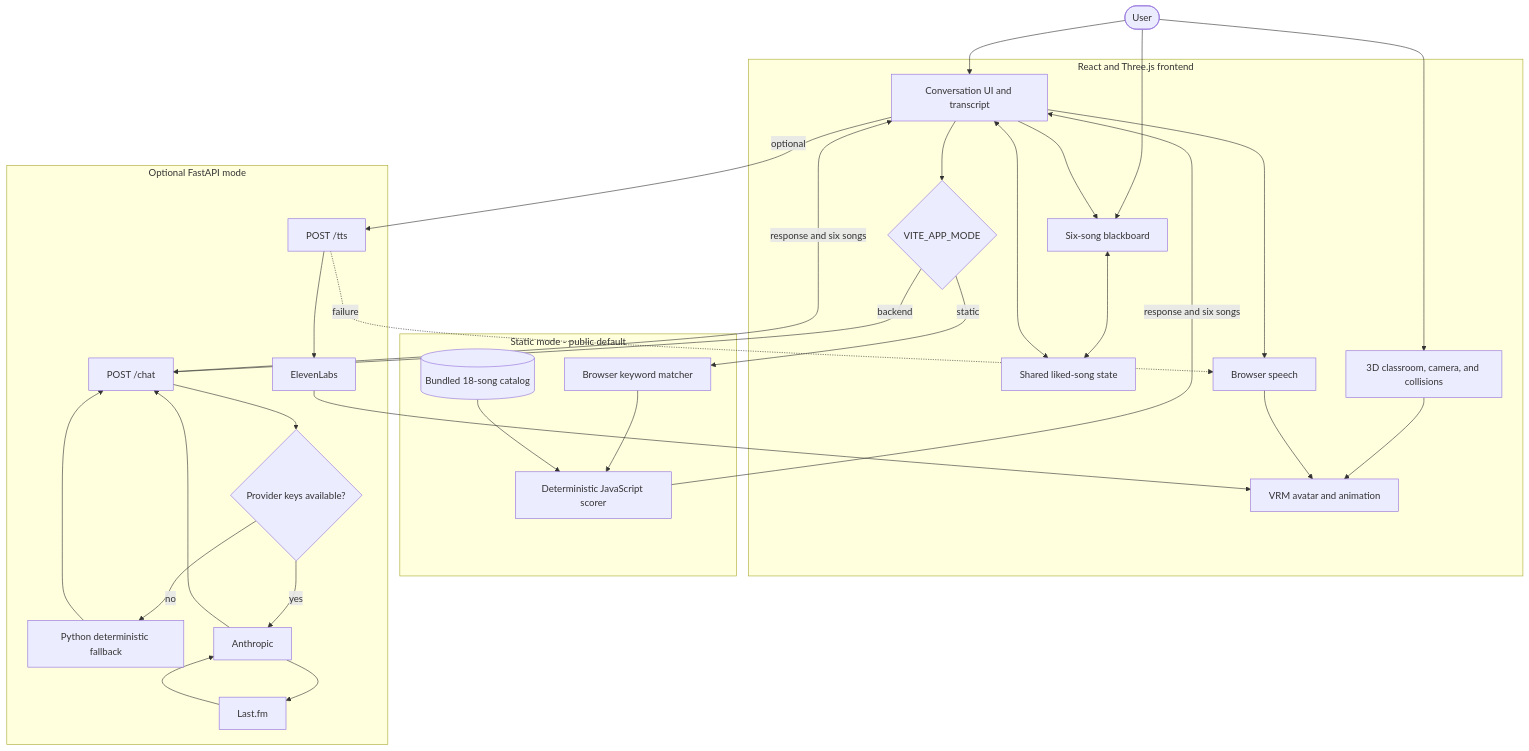
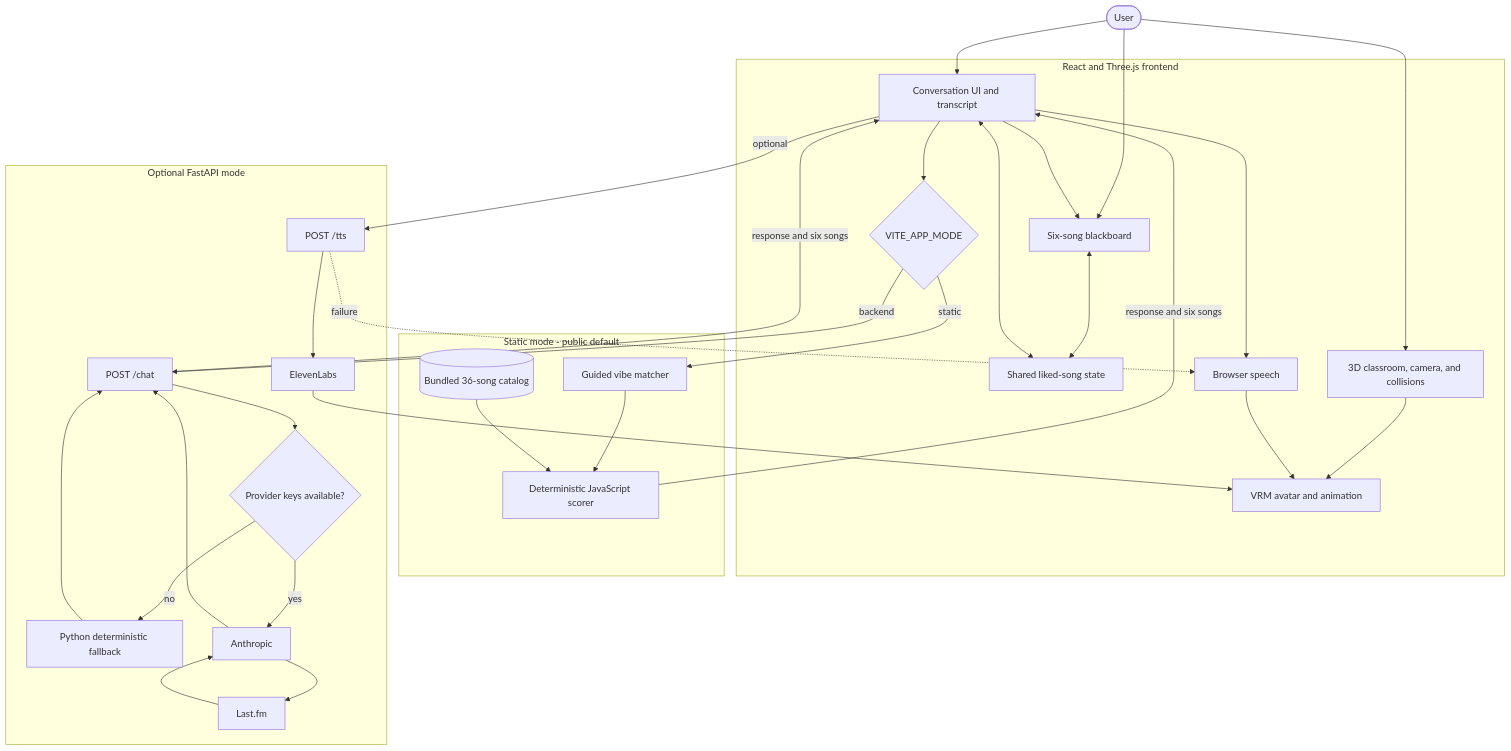
Before and after one commit to antunishdPursuit/resonance-room: the diagram in docs/architecture.md, drawn with Mermaid. The commit also changed other lines of this file and 2 other files, not shown here.

Commit message:
docs: explain guided static discovery

````diff
--- a/docs/architecture.md
+++ b/docs/architecture.md
@@ -7,61 +7,61 @@
 ```mermaid
 flowchart TD
     User([User])
 
     subgraph FRONTEND ["React and Three.js frontend"]
         ChatUI["Conversation UI and transcript"]
         Board["Six-song blackboard"]
         Likes["Shared liked-song state"]
         Avatar["VRM avatar and animation"]
         Classroom["3D classroom, camera, and collisions"]
         Mode{"VITE_APP_MODE"}
         BrowserSpeech["Browser speech"]
     end
 
     subgraph STATIC ["Static mode - public default"]
-        JsMatcher["Browser keyword matcher"]
+        JsMatcher["Guided vibe matcher"]
         JsScorer["Deterministic JavaScript scorer"]
-        JsCatalog[("Bundled 18-song catalog")]
+        JsCatalog[("Bundled 36-song catalog")]
     end
 
     subgraph BACKEND ["Optional FastAPI mode"]
         ChatRoute["POST /chat"]
         TtsRoute["POST /tts"]
         ProviderCheck{"Provider keys available?"}
         PythonFallback["Python deterministic fallback"]
         Claude["Anthropic"]
         LastFm["Last.fm"]
         ElevenLabs["ElevenLabs"]
     end
 
     User --> ChatUI
     User --> Classroom
     Classroom --> Avatar
     User --> Board
     Board <--> Likes
     ChatUI <--> Likes
     ChatUI --> Mode
 
     Mode -->|"static"| JsMatcher
     JsMatcher --> JsScorer
     JsCatalog --> JsScorer
     JsScorer -->|"response and six songs"| ChatUI
     ChatUI --> BrowserSpeech
 
     Mode -->|"backend"| ChatRoute
     ChatRoute --> ProviderCheck
     ProviderCheck -->|"yes"| Claude
     Claude --> LastFm
     LastFm --> Claude
     ProviderCheck -->|"no"| PythonFallback
     Claude --> ChatRoute
     PythonFallback --> ChatRoute
     ChatRoute -->|"response and six songs"| ChatUI
     ChatUI -->|"optional"| TtsRoute
     TtsRoute --> ElevenLabs
     TtsRoute -. "failure" .-> BrowserSpeech
 
     ChatUI --> Board
     BrowserSpeech --> Avatar
     ElevenLabs --> Avatar
 ```
````
